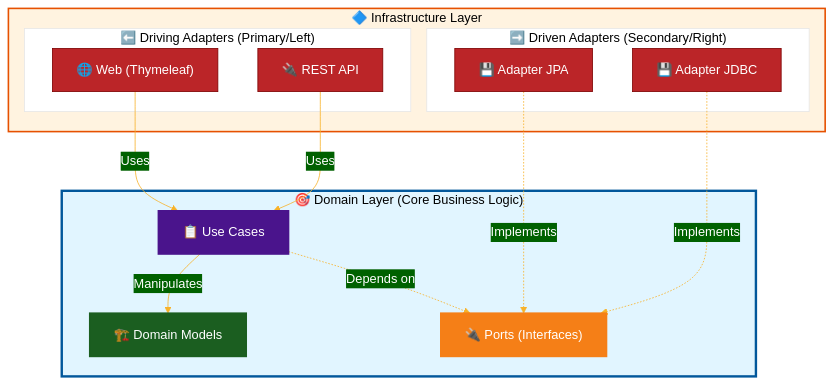
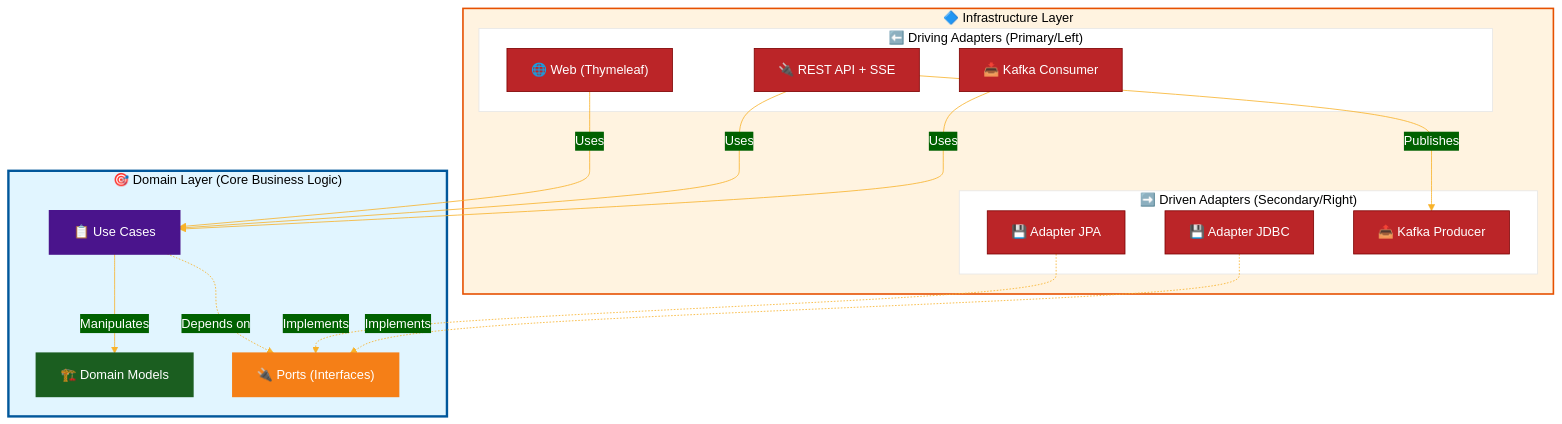
The first of 3 diagrams in README.md (Jicay/mybankdemo), drawn with Mermaid before and after one commit. The commit also changed other lines of this file and 32 other files, not shown here.

First line of the commit message:
Architecture événementielle avec Kafka

````diff
--- a/README.md
+++ b/README.md
@@ -18,43 +18,47 @@
 ```mermaid
 ---
 config:
   theme: 'base'
   themeVariables:
     primaryColor: '#BB2528'
     primaryTextColor: '#fff'
     primaryBorderColor: '#7C0000'
     lineColor: '#F8B229'
     secondaryColor: '#006100'
     tertiaryColor: '#fff'
 ---
 graph TB
     subgraph Infrastructure["🔷 Infrastructure Layer"]
         subgraph Driving["⬅️ Driving Adapters (Primary/Left)"]
             Web["🌐 Web (Thymeleaf)"]
-            REST["🔌 REST API"]
+            REST["🔌 REST API + SSE"]
+            KafkaIn["📥 Kafka Consumer"]
         end
 
         subgraph Driven["➡️ Driven Adapters (Secondary/Right)"]
             JPA["💾 Adapter JPA"]
             JDBC["💾 Adapter JDBC"]
+            KafkaOut["📤 Kafka Producer"]
         end
     end
 
     subgraph Domain["🎯 Domain Layer (Core Business Logic)"]
         UseCases["📋 Use Cases"]
         Models["🏗️ Domain Models"]
         Ports["🔌 Ports (Interfaces)"]
     end
 
     Web -->|Uses| UseCases
     REST -->|Uses| UseCases
+    KafkaIn -->|Uses| UseCases
+    REST -->|Publishes| KafkaOut
     UseCases -->|Manipulates| Models
     UseCases -.->|Depends on| Ports
     JPA -.->|Implements| Ports
     JDBC -.->|Implements| Ports
     style Domain fill: #e1f5ff, stroke: #01579b, stroke-width: 3px
     style Infrastructure fill: #fff3e0, stroke: #e65100, stroke-width: 2px
     style UseCases fill: #4a148c, stroke: #4a148c, stroke-width: 2px
     style Models fill: #1b5e20, stroke: #1b5e20, stroke-width: 2px
     style Ports fill: #f57f17, stroke: #f57f17, stroke-width: 2px
 ```
````
